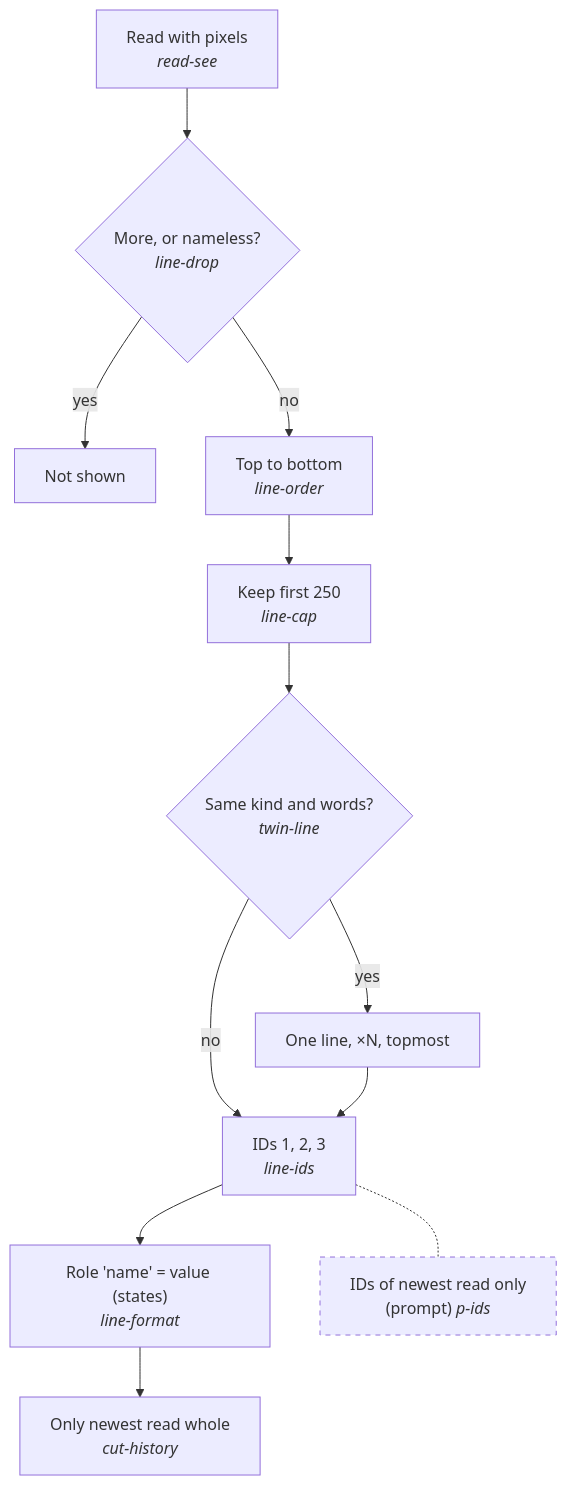
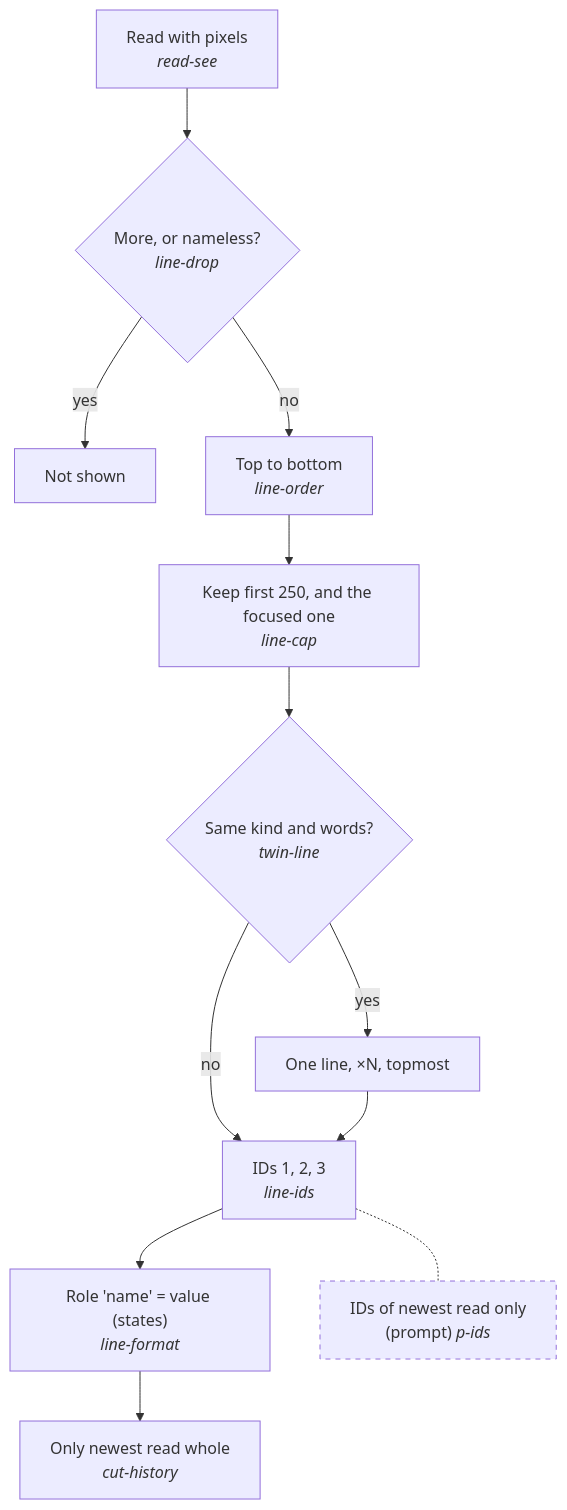
One commit to znat/parrotflow changed the third of 16 diagrams in docs/actions-trees.md. Above: the diagram before and after it, drawn with Mermaid. The commit also changed other lines of this file and 5 other files, not shown here.

First line of the commit message:
fix: no gaze left in the agent: scroll point, focused line, prompt

````diff
--- a/docs/actions-trees.md
+++ b/docs/actions-trees.md
@@ -63,17 +63,17 @@
 ```mermaid
 flowchart TD
   classDef prompt stroke-dasharray: 5 5
   classDef user stroke-width:3px
   R0["Read with pixels<br/><i>read-see</i>"] --> Q1{"More, or nameless?<br/><i>line-drop</i>"}
   Q1 -->|yes| X1["Not shown"]
   Q1 -->|no| L3["Top to bottom<br/><i>line-order</i>"]
-  L3 --> L4["Keep first 250<br/><i>line-cap</i>"]
+  L3 --> L4["Keep first 250, and the focused one<br/><i>line-cap</i>"]
   L4 --> Q3{"Same kind and words?<br/><i>twin-line</i>"}
   Q3 -->|yes| L5["One line, ×N, topmost"]
   Q3 -->|no| L6
   L5 --> L6["IDs 1, 2, 3<br/><i>line-ids</i>"]
   L6 --> L7["Role 'name' = value (states)<br/><i>line-format</i>"]
   L7 --> L8["Only newest read whole<br/><i>cut-history</i>"]
   P1["IDs of newest read only<br/>(prompt) <i>p-ids</i>"]:::prompt
   L6 -.- P1
 ```
````
